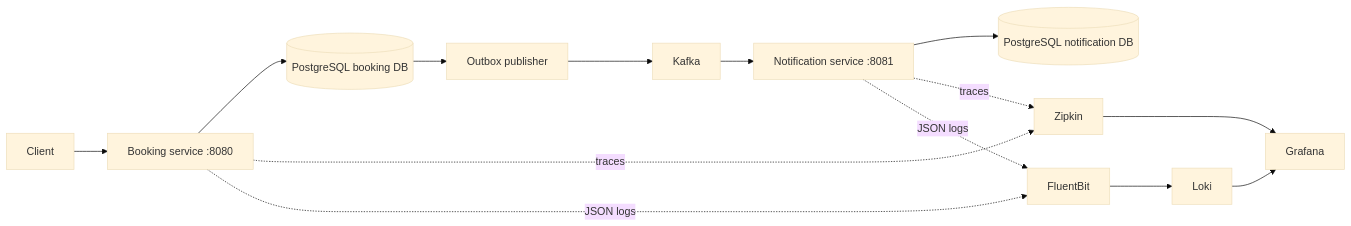
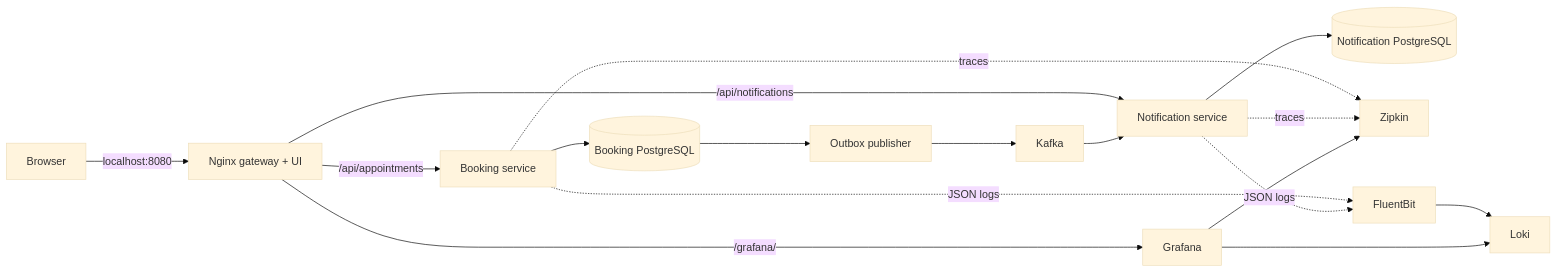
Before and after one commit to rajuhsharma1/hello-world: the diagram in README.md, drawn with Mermaid (base theme). The commit also changed other lines of this file and 19 other files, not shown here.

````diff
--- a/README.md
+++ b/README.md
@@ -5,16 +30,19 @@
 ```mermaid
 flowchart LR
-    Client --> Booking[Booking service :8080]
-    Booking --> BookingDB[(PostgreSQL booking DB)]
+    Browser -->|"localhost:8080"|Gateway["Nginx gateway + UI"]
+    Gateway -->|/api/appointments|Booking[Booking service]
+    Gateway -->|/api/notifications|Notifications[Notification service]
+    Gateway -->|/grafana/|Grafana
+    Booking --> BookingDB[(Booking PostgreSQL)]
     BookingDB --> Outbox[Outbox publisher]
     Outbox --> Kafka
-    Kafka --> Notifications[Notification service :8081]
-    Notifications --> NotificationDB[(PostgreSQL notification DB)]
+    Kafka --> Notifications
+    Notifications --> NotificationDB[(Notification PostgreSQL)]
     Booking -. traces .-> Zipkin
     Notifications -. traces .-> Zipkin
     Booking -. JSON logs .-> FluentBit
     Notifications -. JSON logs .-> FluentBit
     FluentBit --> Loki
-    Loki --> Grafana
-    Zipkin --> Grafana
+    Grafana --> Loki
+    Grafana --> Zipkin
 ```
````
